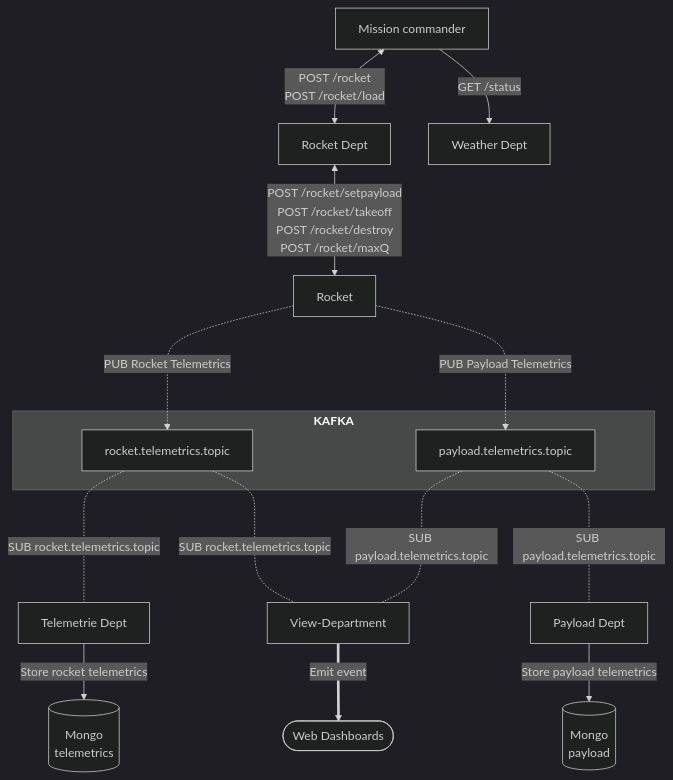
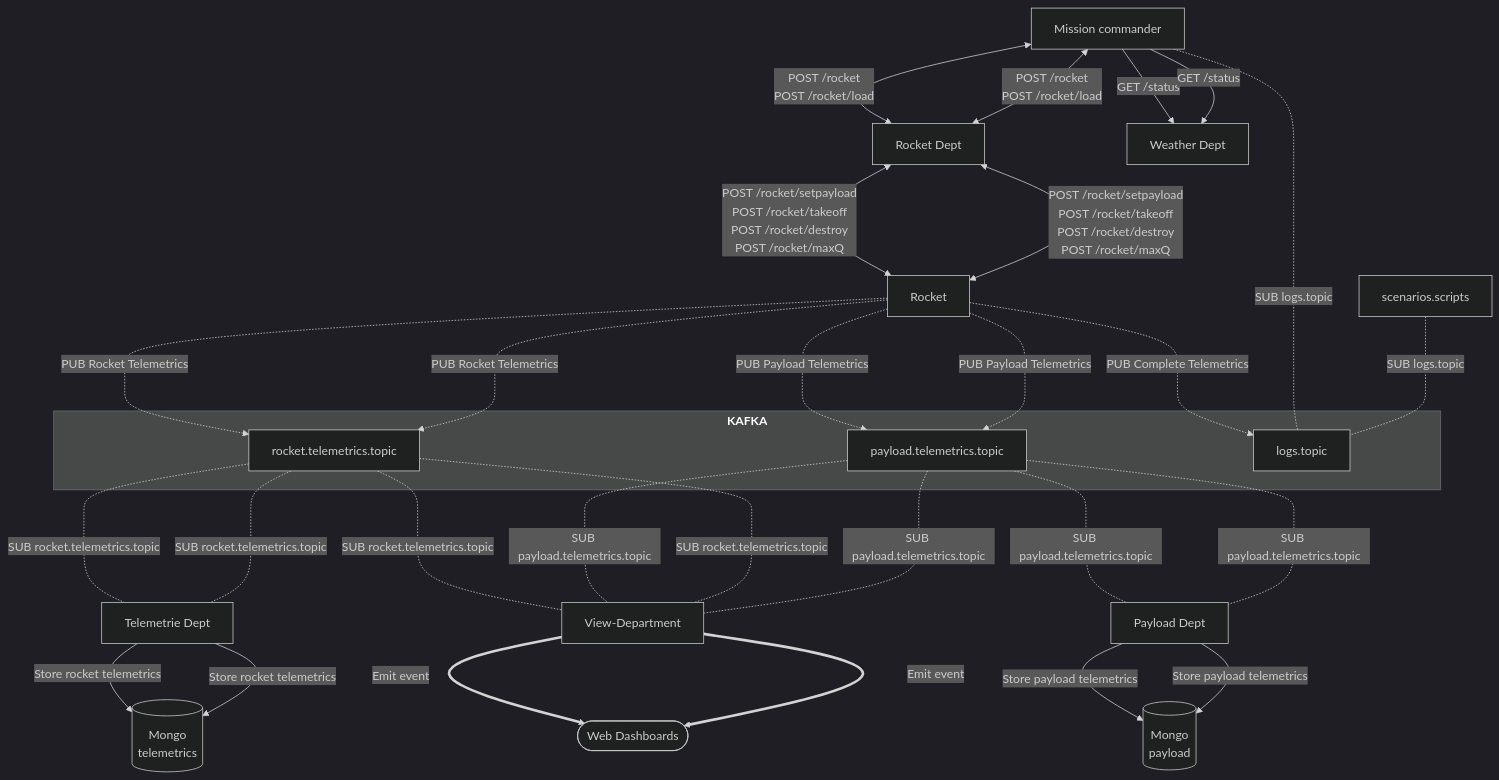
One commit to pns-si5-al-course/soa-marsy-marsy-23-24-team-f changed the diagram in Kafka.mermaid. Above: the diagram before and after it, drawn with Mermaid (dark theme).

Commit message:
update mermaid diagram

```diff
--- a/Kafka.mermaid
+++ b/Kafka.mermaid
@@ -2,32 +2,66 @@
 <div class="mermaid">
 
+
 flowchart TD
+    A[Rocket] -..->|PUB Rocket Telemetrics| rocket.telemetrics.topic
+    A -..-> |PUB Payload Telemetrics| payload.telemetrics.topic
+    A -..-> |PUB Complete Telemetrics| logs.topic 
+
+    subgraph "`**KAFKA**`"
+    rocket.telemetrics.topic
+    payload.telemetrics.topic
+    logs.topic
+    end
+
+    rocket.telemetrics.topic -..- |SUB rocket.telemetrics.topic| G
+    payload.telemetrics.topic -..- |SUB payload.telemetrics.topic| H
+
+    rocket.telemetrics.topic -..- |SUB rocket.telemetrics.topic| View-Department
+    payload.telemetrics.topic -..- |SUB payload.telemetrics.topic| View-Department
+
+    View-Department ==> |Emit event| C([Web Dashboards])
+
+    G[Telemetrie Dept] -->|Store rocket telemetrics| L[(Mongo\n telemetrics)]
+    H[Payload Dept]  --> |Store payload telemetrics|M[(Mongo\n payload)]
+
+
+    I[Mission commander] <--> |POST /rocket\n POST /rocket/load| J
+    I -..- |SUB logs.topic| logs.topic
+
+    J[Rocket Dept] <--> |POST /rocket/setpayload\n POST /rocket/takeoff\n POST /rocket/destroy\n POST /rocket/maxQ| A
+
+
+    I --> |GET /status| K[Weather Dept]
+
+    scenarios.scripts -..- |SUB logs.topic| logs.topic
+
+
     A[Rocket] -..->|PUB Rocket Telemetrics| rocket.telemetrics.topic
     A -..-> |PUB Payload Telemetrics| payload.telemetrics.topic
 
     subgraph "`**KAFKA**`"
     rocket.telemetrics.topic
     payload.telemetrics.topic
     end
 
     rocket.telemetrics.topic -..- |SUB rocket.telemetrics.topic| G
     payload.telemetrics.topic -..- |SUB payload.telemetrics.topic| H
 
     rocket.telemetrics.topic -..- |SUB rocket.telemetrics.topic| View-Department
     payload.telemetrics.topic -..- |SUB payload.telemetrics.topic| View-Department
 
     View-Department ==> |Emit event| C([Web Dashboards])
 
     G[Telemetrie Dept] -->|Store rocket telemetrics| L[(Mongo\n telemetrics)]
     H[Payload Dept]  --> |Store payload telemetrics|M[(Mongo\n payload)]
 
 
     I[Mission commander] <--> |POST /rocket\n POST /rocket/load| J
 
     J[Rocket Dept] <--> |POST /rocket/setpayload\n POST /rocket/takeoff\n POST /rocket/destroy\n POST /rocket/maxQ| A
 
 
     I --> |GET /status| K[Weather Dept]
 
 
 </div>
```
